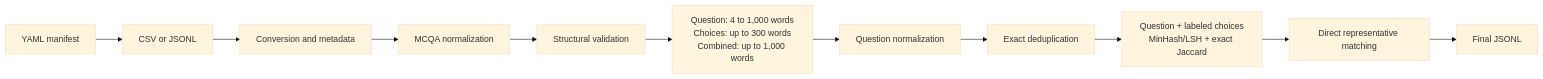
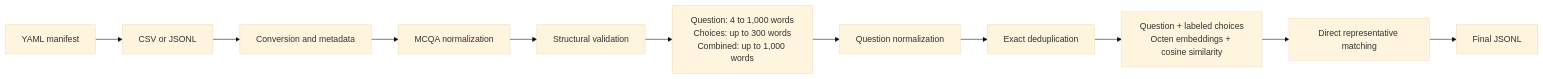
The diagram in README.md (ark-aiml-research/mmlu-pt), drawn with Mermaid (base theme) before and after one commit. The commit also changed other lines of this file and 5 other files, not shown here.

````diff
--- a/README.md
+++ b/README.md
@@ -17,13 +17,13 @@
 ```mermaid
 flowchart LR
     A[YAML manifest] --> B[CSV or JSONL]
     B --> C[Conversion and metadata]
     C --> D[MCQA normalization]
     D --> E[Structural validation]
     E --> F[Question: 4 to 1,000 words<br/>Choices: up to 300 words<br/>Combined: up to 1,000 words]
     F --> G[Question normalization]
     G --> H[Exact deduplication]
-    H --> I[Question + labeled choices<br/>MinHash/LSH + exact Jaccard]
+    H --> I[Question + labeled choices<br/>Octen embeddings + cosine similarity]
     I --> J[Direct representative matching]
     J --> K[Final JSONL]
 ```
````
